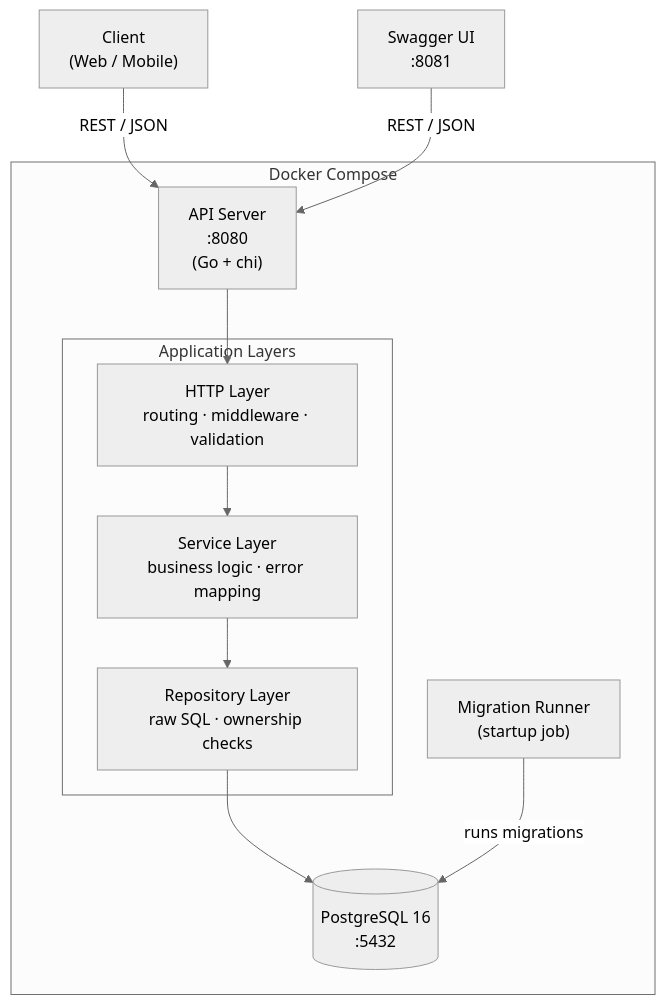
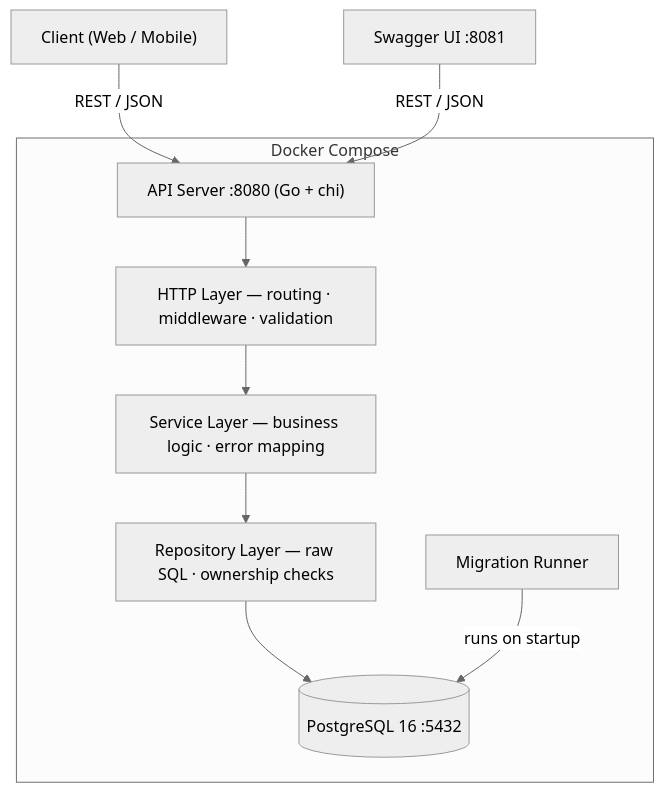
The first of 6 diagrams in README.md (bernardoCardoso21/Taskflow), drawn with Mermaid (neutral theme) before and after one commit. The commit also changed other lines of this file, not shown here.

First line of the commit message:
docs: simplify mermaid diagrams for GitHub rendering

````diff
--- a/README.md
+++ b/README.md
@@ -46,23 +46,19 @@
 ```mermaid
 graph TD
-    Client["Client\n(Web / Mobile)"]
-    SwaggerUI["Swagger UI\n:8081"]
+    Client["Client (Web / Mobile)"]
+    SwaggerUI["Swagger UI :8081"]
 
     subgraph Docker["Docker Compose"]
-        API["API Server\n:8080\n(Go + chi)"]
-
-        subgraph Layers["Application Layers"]
-            HTTP["HTTP Layer\nrouting · middleware · validation"]
-            SVC["Service Layer\nbusiness logic · error mapping"]
-            REPO["Repository Layer\nraw SQL · ownership checks"]
-        end
-
-        DB[("PostgreSQL 16\n:5432")]
-        Migrate["Migration Runner\n(startup job)"]
+        API["API Server :8080 (Go + chi)"]
+        HTTP["HTTP Layer — routing · middleware · validation"]
+        SVC["Service Layer — business logic · error mapping"]
+        REPO["Repository Layer — raw SQL · ownership checks"]
+        DB[("PostgreSQL 16 :5432")]
+        Migrate["Migration Runner"]
     end
 
-    Client -->|"REST / JSON"| API
-    SwaggerUI -->|"REST / JSON"| API
+    Client -->|REST / JSON| API
+    SwaggerUI -->|REST / JSON| API
     API --> HTTP --> SVC --> REPO --> DB
-    Migrate -->|"runs migrations"| DB
+    Migrate -->|runs on startup| DB
 ```
````
